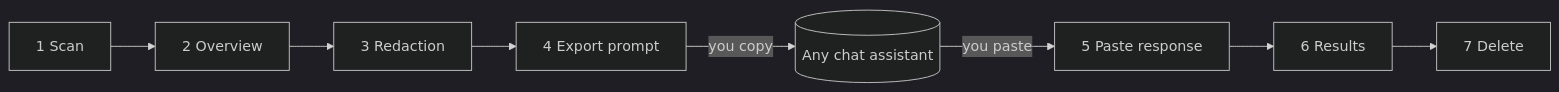
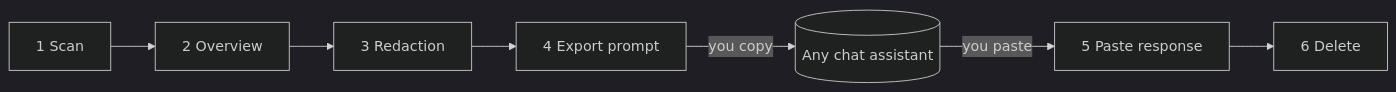
The diagram in README.md (Toldry/Ullage), drawn with Mermaid (dark theme) before and after one commit. The commit also changed other lines of this file and 52 other files, not shown here.

First line of the commit message:
Put explanations in every reply; merge Results into one Delete step

````diff
--- a/README.md
+++ b/README.md
@@ -13,10 +13,9 @@
 ```mermaid
 flowchart LR
     A[1 Scan] --> B[2 Overview]
     B --> C[3 Redaction]
     C --> D[4 Export prompt]
     D -- you copy --> AI[(Any chat assistant)]
     AI -- you paste --> E[5 Paste response]
-    E --> F[6 Results]
-    F --> G[7 Delete]
+    E --> F[6 Delete]
 ```
````
